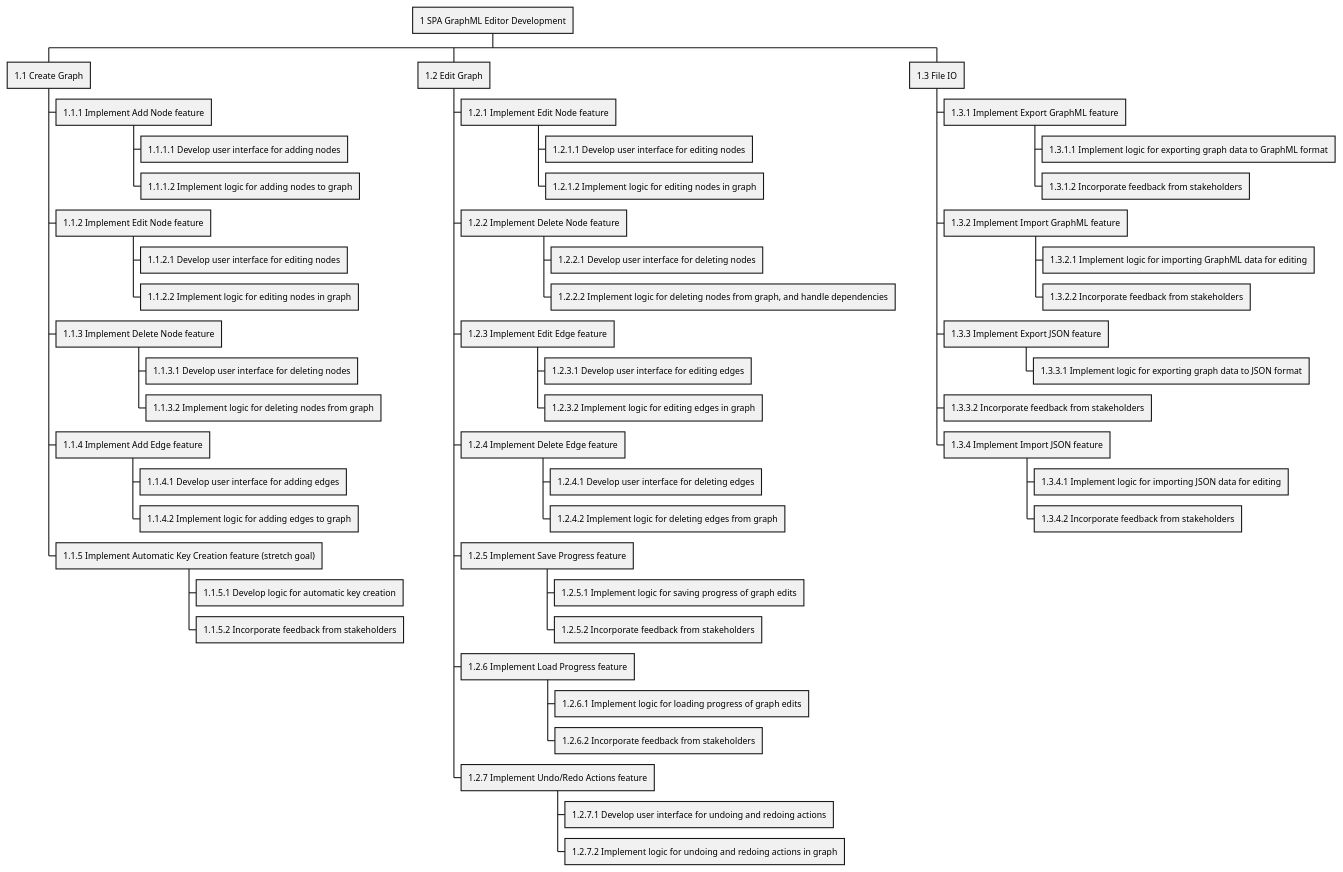
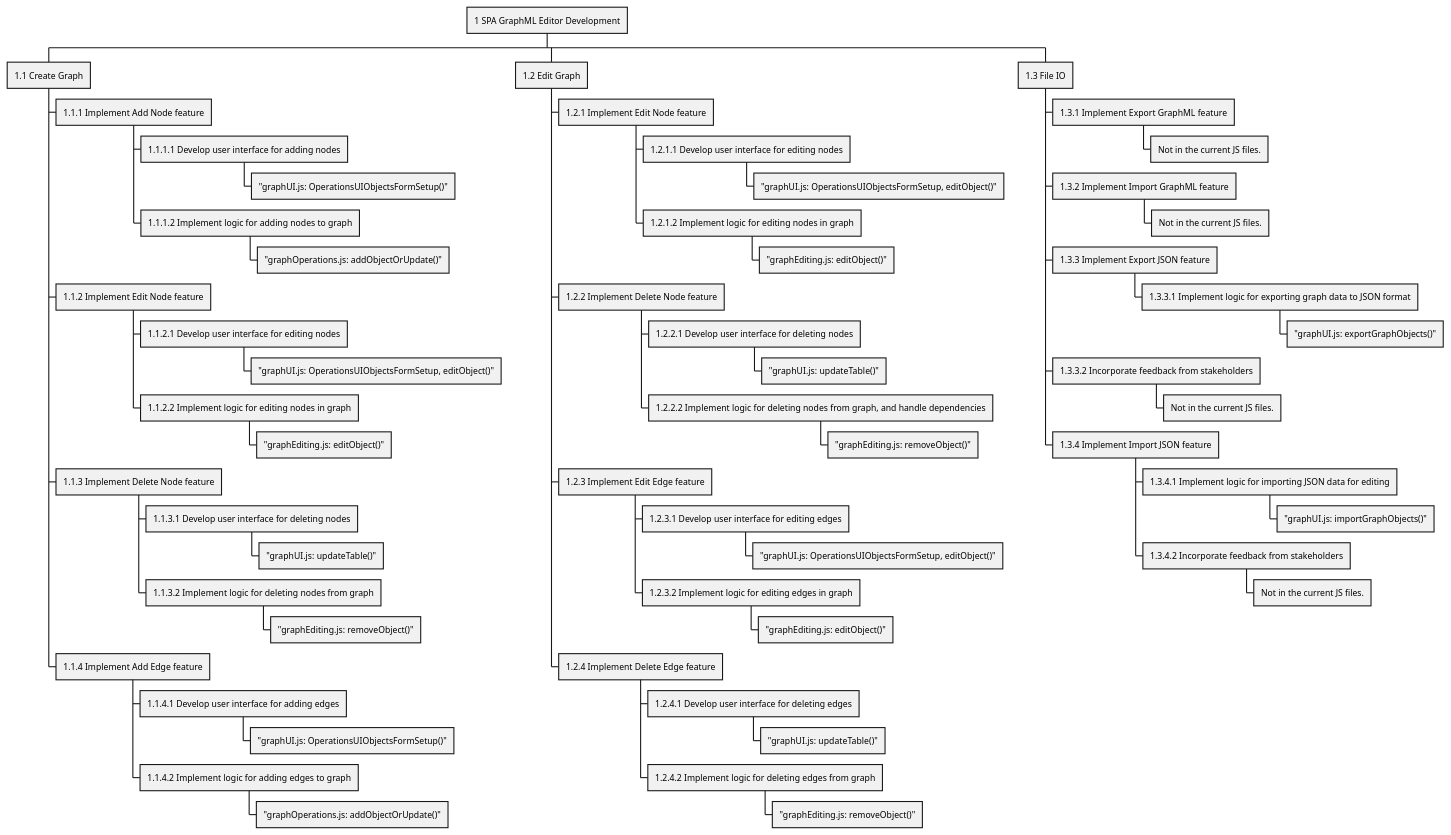
The diagram in Examples/01_GraphML-Editor/03_HEN/04_01_WBS.puml (ActuallyFro/Break-FAST), drawn with PlantUML before and after one commit.

Commit message:
{Examples|03_HEN} Mapping work to date to original WBS

```diff
--- a/Examples/01_GraphML-Editor/03_HEN/04_01_WBS.puml
+++ b/Examples/01_GraphML-Editor/03_HEN/04_01_WBS.puml
@@ -1,54 +1,60 @@
 @startwbs
 + 1 SPA GraphML Editor Development
 ++ 1.1 Create Graph
 +++ 1.1.1 Implement Add Node feature
 ++++ 1.1.1.1 Develop user interface for adding nodes
++++++ "graphUI.js: OperationsUIObjectsFormSetup()"
 ++++ 1.1.1.2 Implement logic for adding nodes to graph
++++++ "graphOperations.js: addObjectOrUpdate()"
 +++ 1.1.2 Implement Edit Node feature
 ++++ 1.1.2.1 Develop user interface for editing nodes
++++++ "graphUI.js: OperationsUIObjectsFormSetup, editObject()"
 ++++ 1.1.2.2 Implement logic for editing nodes in graph
++++++ "graphEditing.js: editObject()"
 +++ 1.1.3 Implement Delete Node feature
 ++++ 1.1.3.1 Develop user interface for deleting nodes
++++++ "graphUI.js: updateTable()"
 ++++ 1.1.3.2 Implement logic for deleting nodes from graph
++++++ "graphEditing.js: removeObject()"
 +++ 1.1.4 Implement Add Edge feature
 ++++ 1.1.4.1 Develop user interface for adding edges
++++++ "graphUI.js: OperationsUIObjectsFormSetup()"
 ++++ 1.1.4.2 Implement logic for adding edges to graph
-+++ 1.1.5 Implement Automatic Key Creation feature (stretch goal)
-++++ 1.1.5.1 Develop logic for automatic key creation
-++++ 1.1.5.2 Incorporate feedback from stakeholders
++++++ "graphOperations.js: addObjectOrUpdate()"
 ++ 1.2 Edit Graph
 +++ 1.2.1 Implement Edit Node feature
 ++++ 1.2.1.1 Develop user interface for editing nodes
++++++ "graphUI.js: OperationsUIObjectsFormSetup, editObject()"
 ++++ 1.2.1.2 Implement logic for editing nodes in graph
++++++ "graphEditing.js: editObject()"
 +++ 1.2.2 Implement Delete Node feature
 ++++ 1.2.2.1 Develop user interface for deleting nodes
++++++ "graphUI.js: updateTable()"
 ++++ 1.2.2.2 Implement logic for deleting nodes from graph, and handle dependencies
++++++ "graphEditing.js: removeObject()"
 +++ 1.2.3 Implement Edit Edge feature
 ++++ 1.2.3.1 Develop user interface for editing edges
++++++ "graphUI.js: OperationsUIObjectsFormSetup, editObject()"
 ++++ 1.2.3.2 Implement logic for editing edges in graph
++++++ "graphEditing.js: editObject()"
 +++ 1.2.4 Implement Delete Edge feature
 ++++ 1.2.4.1 Develop user interface for deleting edges
++++++ "graphUI.js: updateTable()"
 ++++ 1.2.4.2 Implement logic for deleting edges from graph
-+++ 1.2.5 Implement Save Progress feature
-++++ 1.2.5.1 Implement logic for saving progress of graph edits
-++++ 1.2.5.2 Incorporate feedback from stakeholders
-+++ 1.2.6 Implement Load Progress feature
-++++ 1.2.6.1 Implement logic for loading progress of graph edits
-++++ 1.2.6.2 Incorporate feedback from stakeholders
-+++ 1.2.7 Implement Undo/Redo Actions feature
-++++ 1.2.7.1 Develop user interface for undoing and redoing actions
-++++ 1.2.7.2 Implement logic for undoing and redoing actions in graph
++++++ "graphEditing.js: removeObject()"
 ++ 1.3 File IO
 +++ 1.3.1 Implement Export GraphML feature
-++++ 1.3.1.1 Implement logic for exporting graph data to GraphML format
-++++ 1.3.1.2 Incorporate feedback from stakeholders
+++++ Not in the current JS files.
 +++ 1.3.2 Implement Import GraphML feature
-++++ 1.3.2.1 Implement logic for importing GraphML data for editing
-++++ 1.3.2.2 Incorporate feedback from stakeholders
+++++ Not in the current JS files.
 +++ 1.3.3 Implement Export JSON feature
 ++++ 1.3.3.1 Implement logic for exporting graph data to JSON format
++++++ "graphUI.js: exportGraphObjects()"
 +++ 1.3.3.2 Incorporate feedback from stakeholders
+++++ Not in the current JS files.
 +++ 1.3.4 Implement Import JSON feature
 ++++ 1.3.4.1 Implement logic for importing JSON data for editing
++++++ "graphUI.js: importGraphObjects()"
 ++++ 1.3.4.2 Incorporate feedback from stakeholders
++++++ Not in the current JS files.
 @endwbs
```
